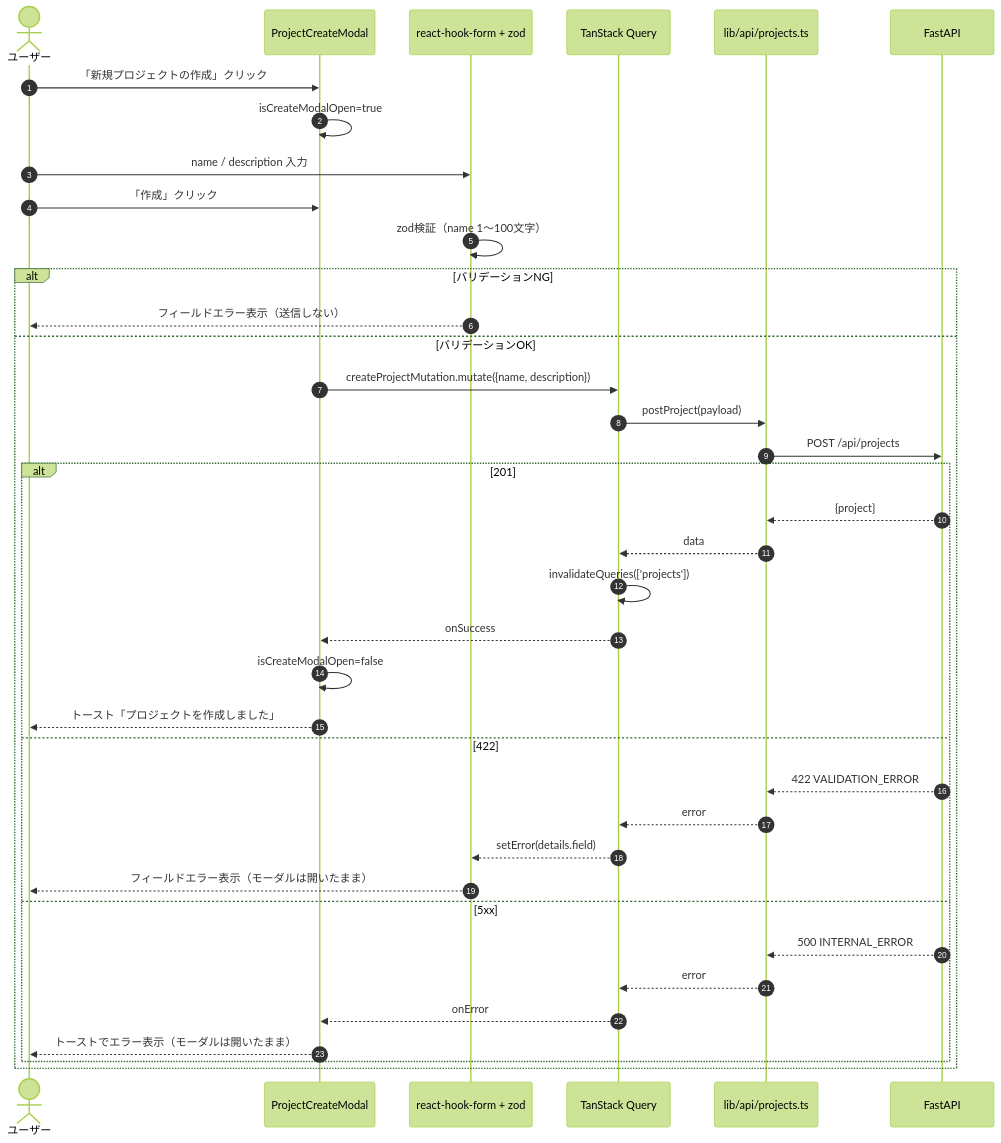
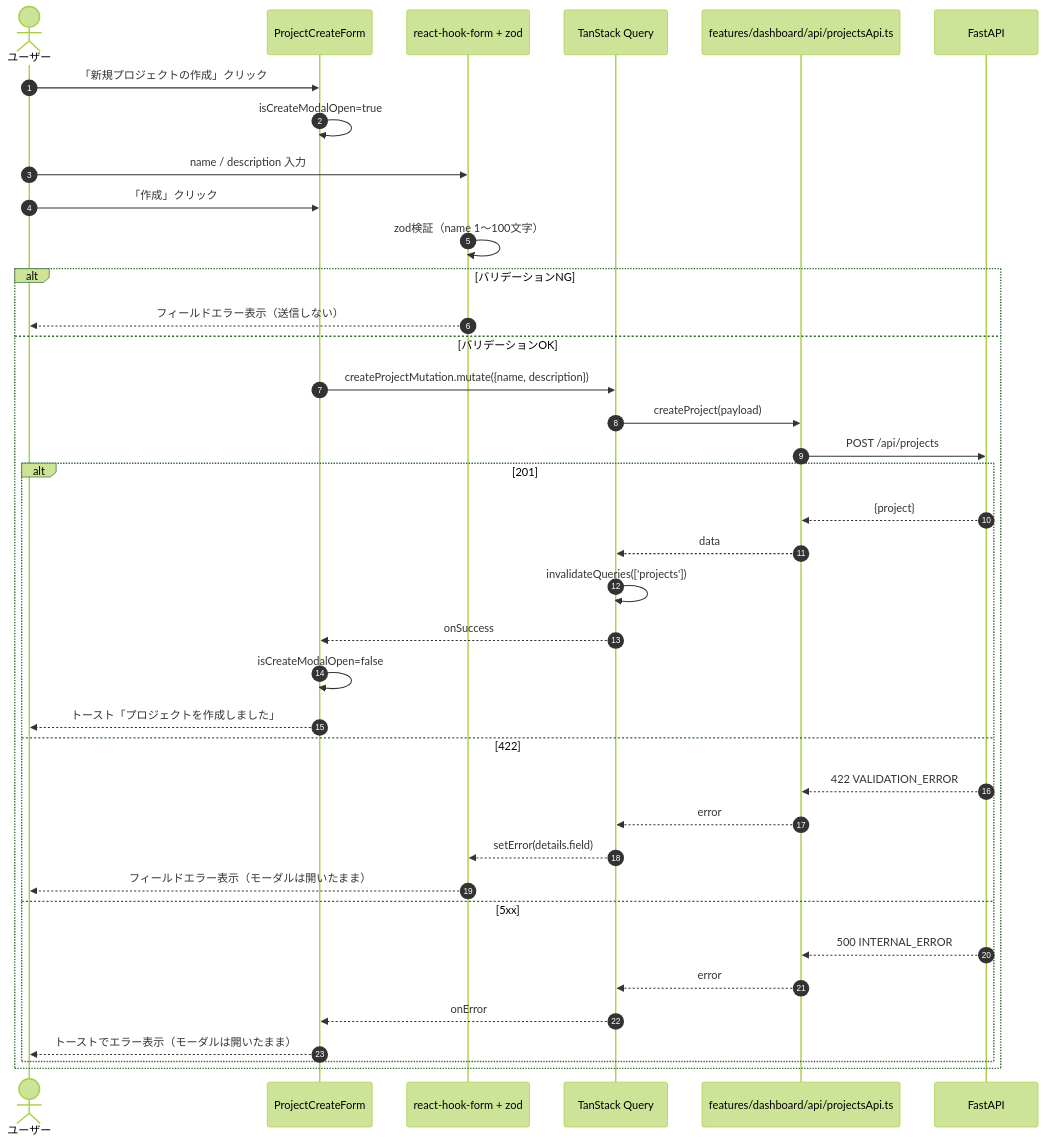
Before and after one commit to oikawa-d/task_management: the third of 5 diagrams in docs/detailed_design/screen/06_dashboard.md, drawn with Mermaid (forest theme). The commit also changed other lines of this file, not shown here.

````diff
--- a/docs/detailed_design/screen/06_dashboard.md
+++ b/docs/detailed_design/screen/06_dashboard.md
@@ -162,41 +167,41 @@
 ```mermaid
 sequenceDiagram
     autonumber
     actor U as ユーザー
-    participant PCM as ProjectCreateModal
+    participant PCM as ProjectCreateForm
     participant RHF as react-hook-form + zod
     participant Q as TanStack Query
-    participant EP as lib/api/projects.ts
+    participant EP as features/dashboard/api/projectsApi.ts
     participant API as FastAPI
 
     U->>PCM: 「新規プロジェクトの作成」クリック
     PCM->>PCM: isCreateModalOpen=true
     U->>RHF: name / description 入力
     U->>PCM: 「作成」クリック
     RHF->>RHF: zod検証（name 1〜100文字）
     alt バリデーションNG
         RHF-->>U: フィールドエラー表示（送信しない）
     else バリデーションOK
         PCM->>Q: createProjectMutation.mutate({name, description})
-        Q->>EP: postProject(payload)
+        Q->>EP: createProject(payload)
         EP->>API: POST /api/projects
         alt 201
             API-->>EP: {project}
             EP-->>Q: data
             Q->>Q: invalidateQueries(['projects'])
             Q-->>PCM: onSuccess
             PCM->>PCM: isCreateModalOpen=false
             PCM-->>U: トースト「プロジェクトを作成しました」
         else 422
             API-->>EP: 422 VALIDATION_ERROR
             EP-->>Q: error
             Q-->>RHF: setError(details.field)
             RHF-->>U: フィールドエラー表示（モーダルは開いたまま）
         else 5xx
             API-->>EP: 500 INTERNAL_ERROR
             EP-->>Q: error
             Q-->>PCM: onError
             PCM-->>U: トーストでエラー表示（モーダルは開いたまま）
         end
     end
 ```
````
